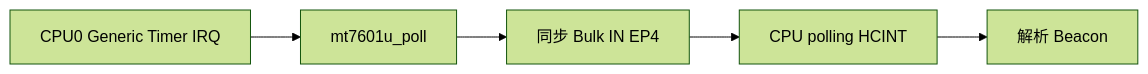
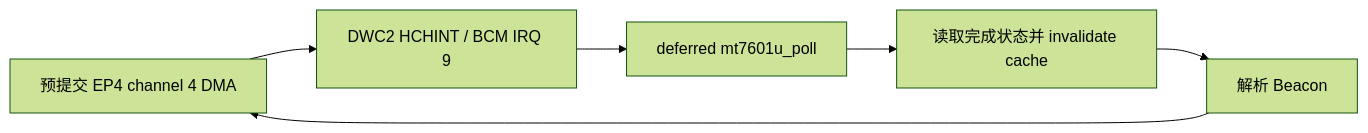
One commit to jimingkang/xv6-aarch64 changed diagram 17 of 19 in readme/readme_mt7601u_usb.md. Above: the diagram before and after it, drawn with Mermaid (forest theme). The commit also changed other lines of this file and 13 other files, not shown here.

````diff
--- a/readme/readme_mt7601u_usb.md
+++ b/readme/readme_mt7601u_usb.md
@@ -637,10 +638,10 @@
 ```mermaid
 flowchart LR
-    TIMER["CPU0 Generic Timer IRQ"]
-    POLL["mt7601u_poll"]
-    IN["同步 Bulk IN EP4"]
-    READ["CPU polling HCINT"]
+    IN["预提交 EP4 channel 4 DMA"]
+    IRQ["DWC2 HCHINT / BCM IRQ 9"]
+    POLL["deferred mt7601u_poll"]
+    READ["读取完成状态并 invalidate cache"]
     PARSE["解析 Beacon"]
 
-    TIMER --> POLL --> IN --> READ --> PARSE
+    IN --> IRQ --> POLL --> READ --> PARSE --> IN
 ```
````
